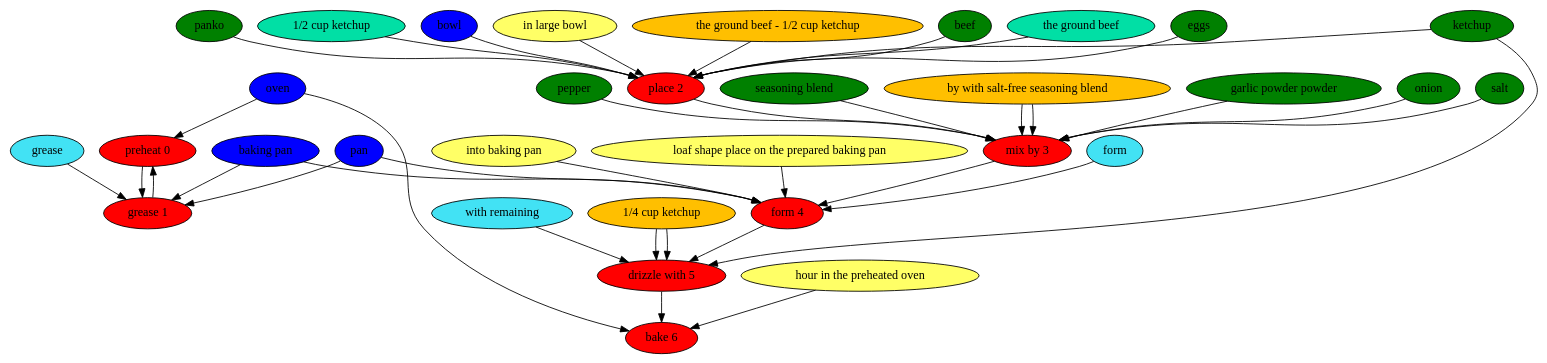
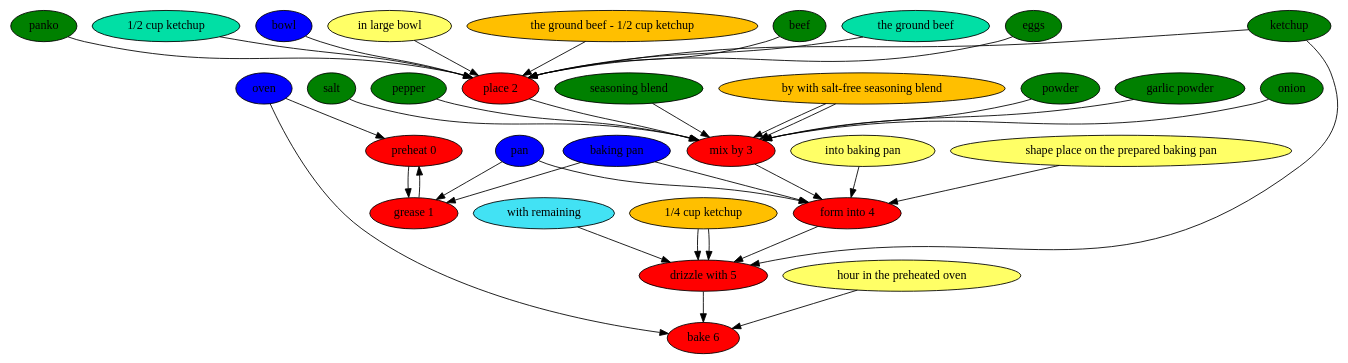
One commit to can-keklik/RecipePostagger changed the diagram in results/paper/jackies-special-meatloaf.dot. Above: the diagram before and after it, drawn with Graphviz. The commit also changed 70 other files, not shown here.

```diff
--- a/results/paper/jackies-special-meatloaf.dot
+++ b/results/paper/jackies-special-meatloaf.dot
@@ -1,77 +1,75 @@
 digraph G {
 "preheat 0" [style=filled, fillcolor=red];
 oven [style=filled, fillcolor="#0000ff"];
 oven -> "preheat 0";
 "grease 1" [style=filled, fillcolor=red];
-grease [style=filled, fillcolor="#42e2f4"];
-grease -> "grease 1";
 "baking pan" [style=filled, fillcolor="#0000ff"];
 "baking pan" -> "grease 1";
 pan [style=filled, fillcolor="#0000ff"];
 pan -> "grease 1";
 "place 2" [style=filled, fillcolor=red];
 beef [style=filled, fillcolor=green];
 beef -> "place 2";
 "the ground beef" [style=filled, fillcolor="#01DFA5"];
 "the ground beef" -> "place 2";
 eggs [style=filled, fillcolor=green];
 eggs -> "place 2";
 panko [style=filled, fillcolor=green];
 panko -> "place 2";
 ketchup [style=filled, fillcolor=green];
 ketchup -> "place 2";
 "1/2 cup ketchup" [style=filled, fillcolor="#01DFA5"];
 "1/2 cup ketchup" -> "place 2";
 bowl [style=filled, fillcolor="#0000ff"];
 bowl -> "place 2";
 "in large bowl" [style=filled, fillcolor="#ffff66"];
 "in large bowl" -> "place 2";
 "the ground beef - 1/2 cup ketchup" [style=filled, fillcolor="#FFBF00"];
 "the ground beef - 1/2 cup ketchup" -> "place 2";
 "mix by 3" [style=filled, fillcolor=red];
 "seasoning blend" [style=filled, fillcolor=green];
 "seasoning blend" -> "mix by 3";
 "by with salt-free seasoning blend" [style=filled, fillcolor="#01DFA5"];
 "by with salt-free seasoning blend" -> "mix by 3";
-"garlic powder powder" [style=filled, fillcolor=green];
-"garlic powder powder" -> "mix by 3";
+powder [style=filled, fillcolor=green];
+powder -> "mix by 3";
+"garlic powder" [style=filled, fillcolor=green];
+"garlic powder" -> "mix by 3";
 onion [style=filled, fillcolor=green];
 onion -> "mix by 3";
 salt [style=filled, fillcolor=green];
 salt -> "mix by 3";
 pepper [style=filled, fillcolor=green];
 pepper -> "mix by 3";
 "by with salt-free seasoning blend" [style=filled, fillcolor="#FFBF00"];
 "by with salt-free seasoning blend" -> "mix by 3";
-"form 4" [style=filled, fillcolor=red];
-form [style=filled, fillcolor="#42e2f4"];
-form -> "form 4";
+"form into 4" [style=filled, fillcolor=red];
 "baking pan" [style=filled, fillcolor="#0000ff"];
-"baking pan" -> "form 4";
+"baking pan" -> "form into 4";
 "into baking pan" [style=filled, fillcolor="#ffff66"];
-"into baking pan" -> "form 4";
+"into baking pan" -> "form into 4";
 pan [style=filled, fillcolor="#0000ff"];
-pan -> "form 4";
-"loaf shape place on the prepared baking pan" [style=filled, fillcolor="#ffff66"];
-"loaf shape place on the prepared baking pan" -> "form 4";
+pan -> "form into 4";
+"shape place on the prepared baking pan" [style=filled, fillcolor="#ffff66"];
+"shape place on the prepared baking pan" -> "form into 4";
 "drizzle with 5" [style=filled, fillcolor=red];
 "with remaining" [style=filled, fillcolor="#42e2f4"];
 "with remaining" -> "drizzle with 5";
 ketchup [style=filled, fillcolor=green];
 ketchup -> "drizzle with 5";
 "1/4 cup ketchup" [style=filled, fillcolor="#01DFA5"];
 "1/4 cup ketchup" -> "drizzle with 5";
 "1/4 cup ketchup" [style=filled, fillcolor="#FFBF00"];
 "1/4 cup ketchup" -> "drizzle with 5";
 "bake 6" [style=filled, fillcolor=red];
 oven [style=filled, fillcolor="#0000ff"];
 oven -> "bake 6";
 "hour in the preheated oven" [style=filled, fillcolor="#ffff66"];
 "hour in the preheated oven" -> "bake 6";
 "preheat 0" -> "grease 1";
 "grease 1" -> "preheat 0";
 "place 2" -> "mix by 3";
-"mix by 3" -> "form 4";
-"form 4" -> "drizzle with 5";
+"mix by 3" -> "form into 4";
+"form into 4" -> "drizzle with 5";
 "drizzle with 5" -> "bake 6";
 }
```
